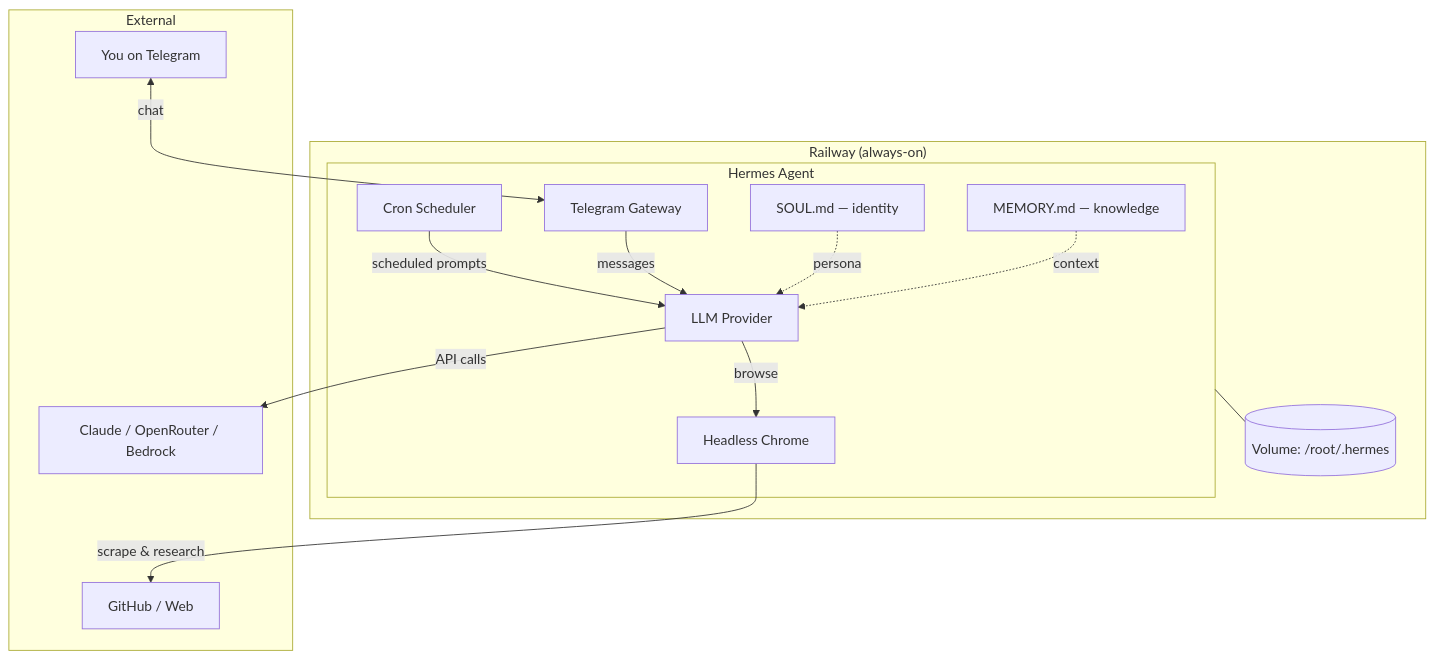
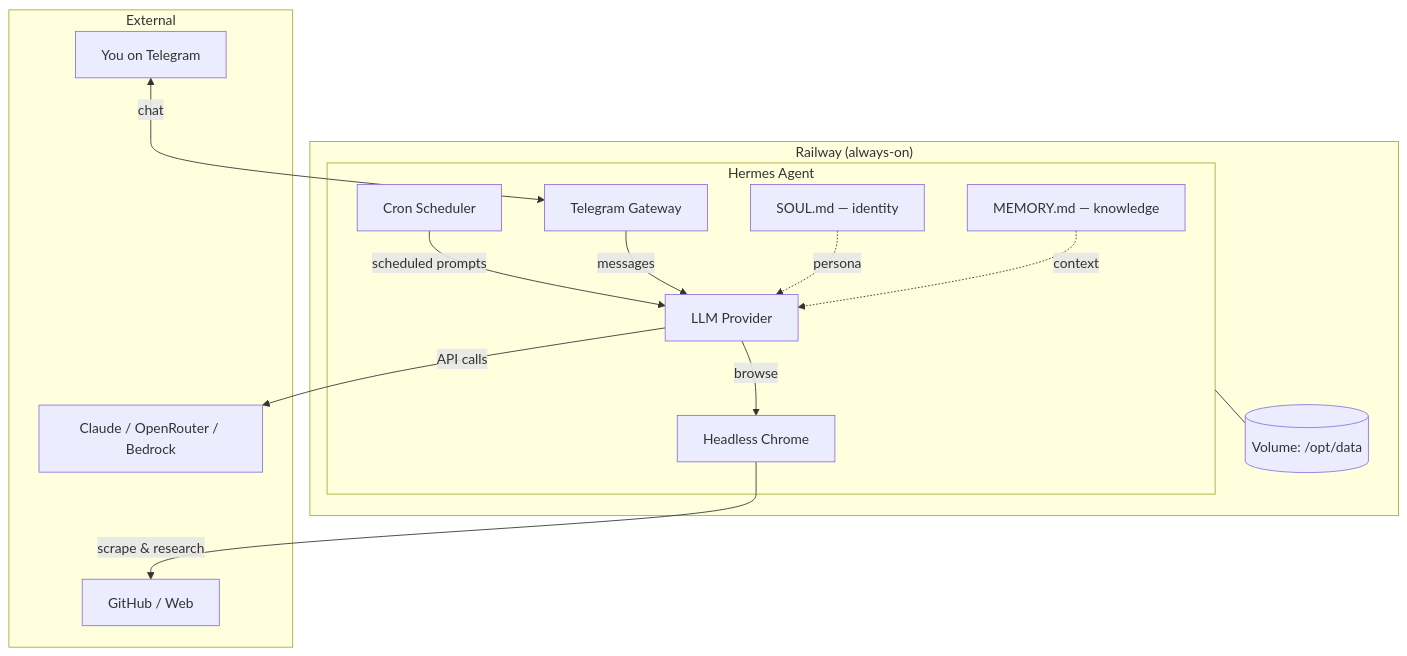
The diagram in README.md (nil1729/hermes-mentor), drawn with Mermaid before and after one commit. The commit also changed other lines of this file and 2 other files, not shown here.

````diff
--- a/README.md
+++ b/README.md
@@ -18,30 +18,30 @@
 ```mermaid
 flowchart TB
   subgraph railway["Railway (always-on)"]
     subgraph hermes["Hermes Agent"]
       LLM[LLM Provider]
       TG[Telegram Gateway]
       CRON[Cron Scheduler]
       BROWSER[Headless Chrome]
       SOUL[SOUL.md — identity]
       MEM[MEMORY.md — knowledge]
     end
-    VOL[(Volume: /root/.hermes)]
+    VOL[(Volume: /opt/data)]
   end
 
   subgraph external["External"]
     USER[You on Telegram]
     GH[GitHub / Web]
     PROVIDER[Claude / OpenRouter / Bedrock]
   end
 
   USER <-->|chat| TG
   CRON -->|scheduled prompts| LLM
   LLM -->|API calls| PROVIDER
   LLM -->|browse| BROWSER
   BROWSER -->|scrape & research| GH
   TG -->|messages| LLM
   hermes --- VOL
   SOUL -.->|persona| LLM
   MEM -.->|context| LLM
 ```
````
